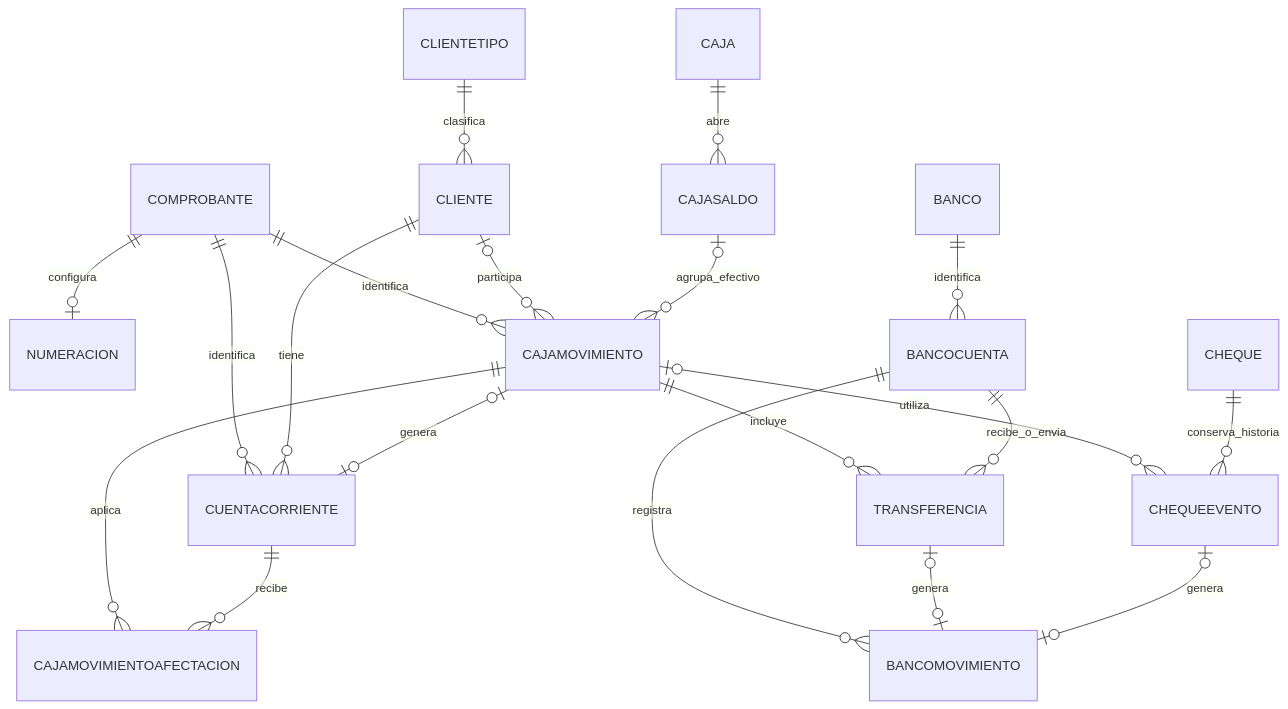
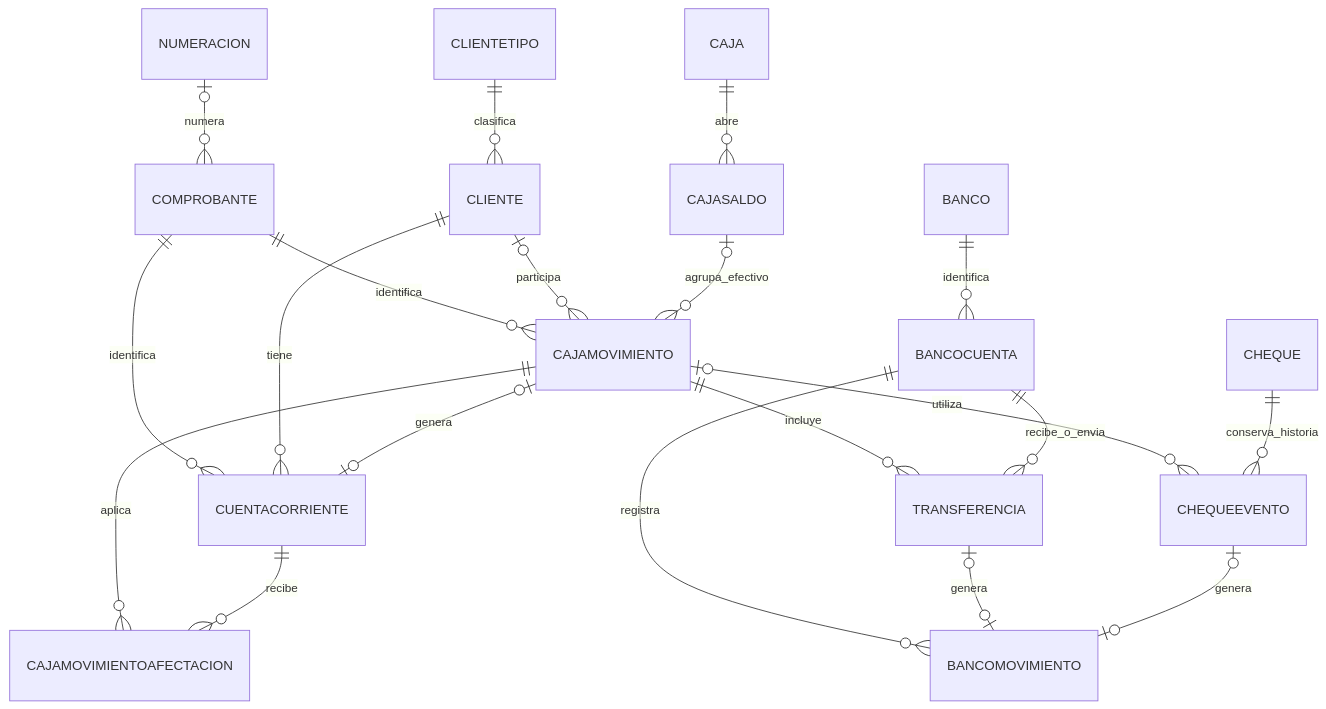
One commit to FacuPetry/ERP-Quiniela changed the diagram in docs/modelo.md. Above: the diagram before and after it, drawn with Mermaid. The commit also changed other lines of this file and 17 other files, not shown here.

````diff
--- a/docs/modelo.md
+++ b/docs/modelo.md
@@ -30,22 +29,22 @@
 ```mermaid
 erDiagram
-    COMPROBANTE ||--o| NUMERACION : configura
+    NUMERACION |o--o{ COMPROBANTE : numera
     COMPROBANTE ||--o{ CAJAMOVIMIENTO : identifica
     COMPROBANTE ||--o{ CUENTACORRIENTE : identifica
     CLIENTETIPO ||--o{ CLIENTE : clasifica
     CLIENTE ||--o{ CUENTACORRIENTE : tiene
     CLIENTE |o--o{ CAJAMOVIMIENTO : participa
     CAJA ||--o{ CAJASALDO : abre
     CAJASALDO |o--o{ CAJAMOVIMIENTO : agrupa_efectivo
     CAJAMOVIMIENTO |o--o| CUENTACORRIENTE : genera
     CAJAMOVIMIENTO ||--o{ CAJAMOVIMIENTOAFECTACION : aplica
     CUENTACORRIENTE ||--o{ CAJAMOVIMIENTOAFECTACION : recibe
     CAJAMOVIMIENTO ||--o{ TRANSFERENCIA : incluye
     CAJAMOVIMIENTO |o--o{ CHEQUEEVENTO : utiliza
     CHEQUE ||--o{ CHEQUEEVENTO : conserva_historia
     BANCO ||--o{ BANCOCUENTA : identifica
     BANCOCUENTA ||--o{ TRANSFERENCIA : recibe_o_envia
     BANCOCUENTA ||--o{ BANCOMOVIMIENTO : registra
     TRANSFERENCIA |o--o| BANCOMOVIMIENTO : genera
     CHEQUEEVENTO |o--o| BANCOMOVIMIENTO : genera
 ```
````
